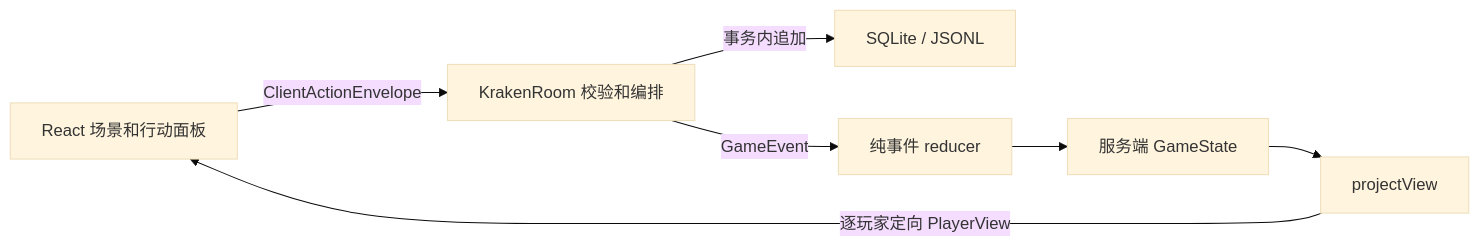
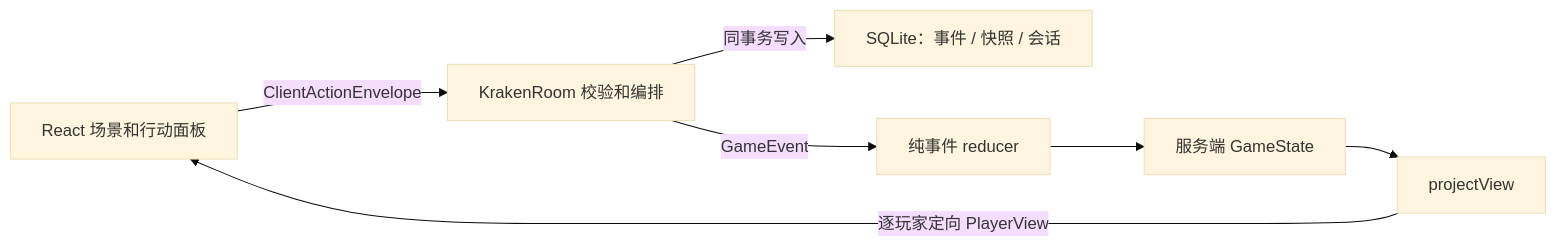
Before and after one commit to DamianD1cky/Feed-the-Kraken: the diagram in docs/1_架构与技术现状.md, drawn with Mermaid (base theme). The commit also changed other lines of this file and 10 other files, not shown here.

````diff
--- a/docs/1_架构与技术现状.md
+++ b/docs/1_架构与技术现状.md
@@ -28,9 +28,9 @@
 ```mermaid
 flowchart LR
   UI[React 场景和行动面板] -->|ClientActionEnvelope| Room[KrakenRoom 校验和编排]
-  Room -->|事务内追加| Store[SQLite / JSONL]
+  Room -->|同事务写入| Store[SQLite：事件 / 快照 / 会话]
   Room -->|GameEvent| Reducer[纯事件 reducer]
   Reducer --> State[服务端 GameState]
   State --> Projection[projectView]
   Projection -->|逐玩家定向 PlayerView| UI
 ```
````
